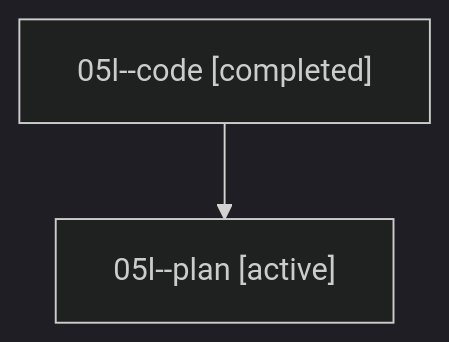
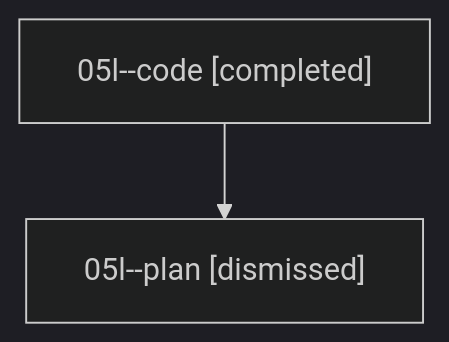
One commit to sase-org/sase--agents changed the diagram in sessions/bbugyi200.athena.05l.md. Above: the diagram before and after it, drawn with Mermaid (dark theme). The commit also changed other lines of this file and 24 other files, not shown here.

````diff
--- a/sessions/bbugyi200.athena.05l.md
+++ b/sessions/bbugyi200.athena.05l.md
@@ -9,6 +9,6 @@
 ```mermaid
 flowchart TD
   n0["05l--code [completed]"]
-  n1["05l--plan [active]"]
+  n1["05l--plan [dismissed]"]
   n0 --> n1
 ```
````
